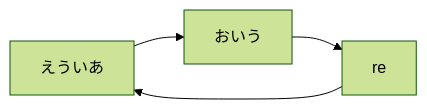
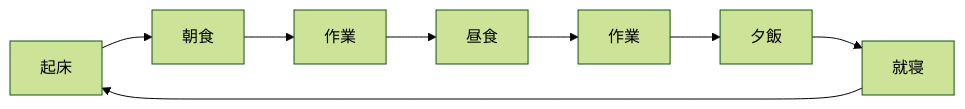
One commit to Landmaster135/SQLandmass changed the diagram in README.md. Above: the diagram before and after it, drawn with Mermaid (forest theme).

````diff
--- a/README.md
+++ b/README.md
@@ -11,6 +11,10 @@
 ```mermaid
 graph LR
-  A[えういあ]-->B[おいう]
-  B-->C[re]
-  C-->A
+  A[起床] --> B[朝食]
+  B --> C[作業]
+  C --> D[昼食]
+  D --> E[作業]
+  E --> F[夕飯]
+  F --> G[就寝]
+  G --> A
 ```
````
